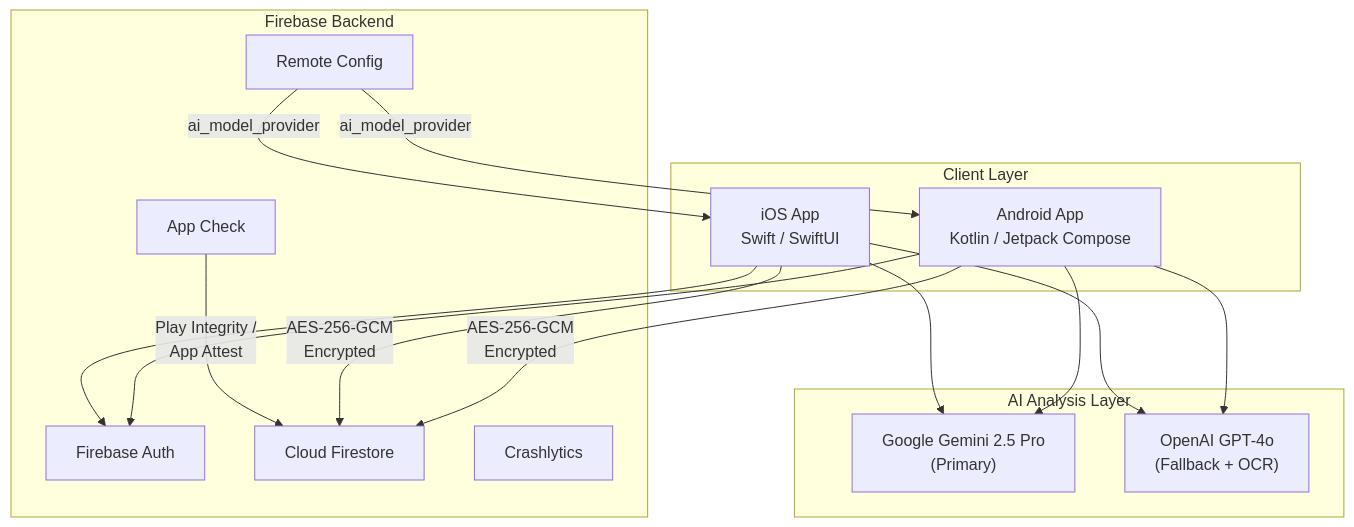
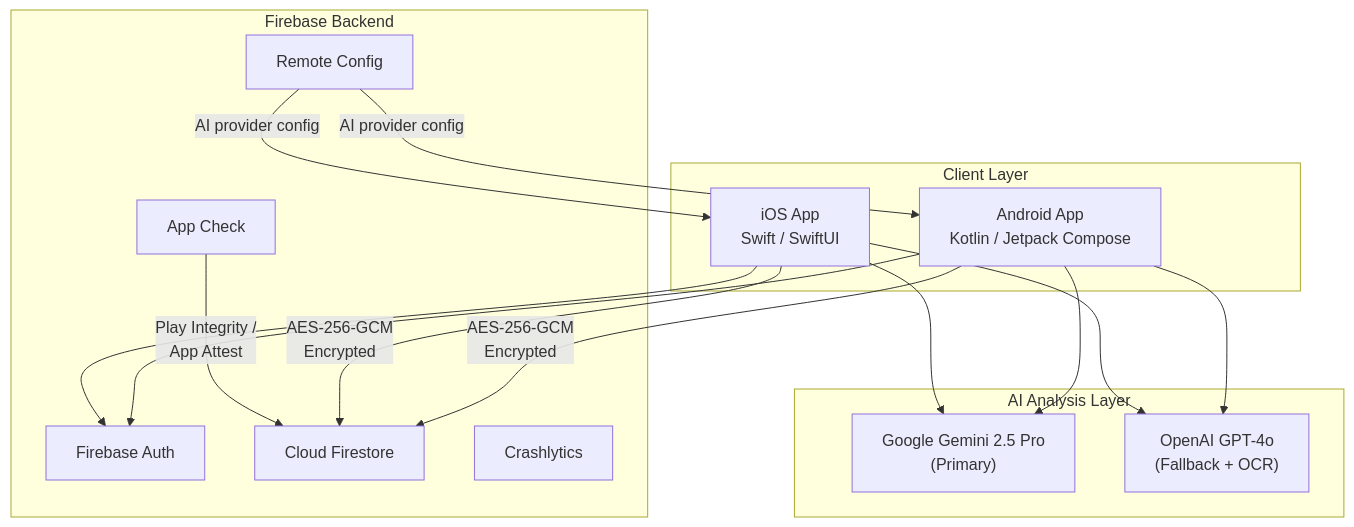
One commit to jaimelxpez/portfolio changed the first of 13 diagrams in content/projects/daymood.md. Above: the diagram before and after it, drawn with Mermaid. The commit also changed other lines of this file and 64 other files, not shown here.

````diff
--- a/content/projects/daymood.md
+++ b/content/projects/daymood.md
@@ -41,32 +41,32 @@
 ```mermaid
 graph TB
     subgraph Client["Client Layer"]
         A["Android App<br/>Kotlin / Jetpack Compose"]
         I["iOS App<br/>Swift / SwiftUI"]
     end
 
     subgraph AI["AI Analysis Layer"]
         G["Google Gemini 2.5 Pro<br/>(Primary)"]
         O["OpenAI GPT-4o<br/>(Fallback + OCR)"]
     end
 
     subgraph Backend["Firebase Backend"]
         FA["Firebase Auth"]
         FS["Cloud Firestore"]
         RC["Remote Config"]
         CR["Crashlytics"]
         AC["App Check"]
     end
 
     A -->|"AES-256-GCM<br/>Encrypted"| FS
     I -->|"AES-256-GCM<br/>Encrypted"| FS
     A --> G
     A --> O
     I --> G
     I --> O
     A --> FA
     I --> FA
-    RC -->|"ai_model_provider"| A
-    RC -->|"ai_model_provider"| I
+    RC -->|"AI provider config"| A
+    RC -->|"AI provider config"| I
     AC -->|"Play Integrity /<br/>App Attest"| FS
 ```
````
